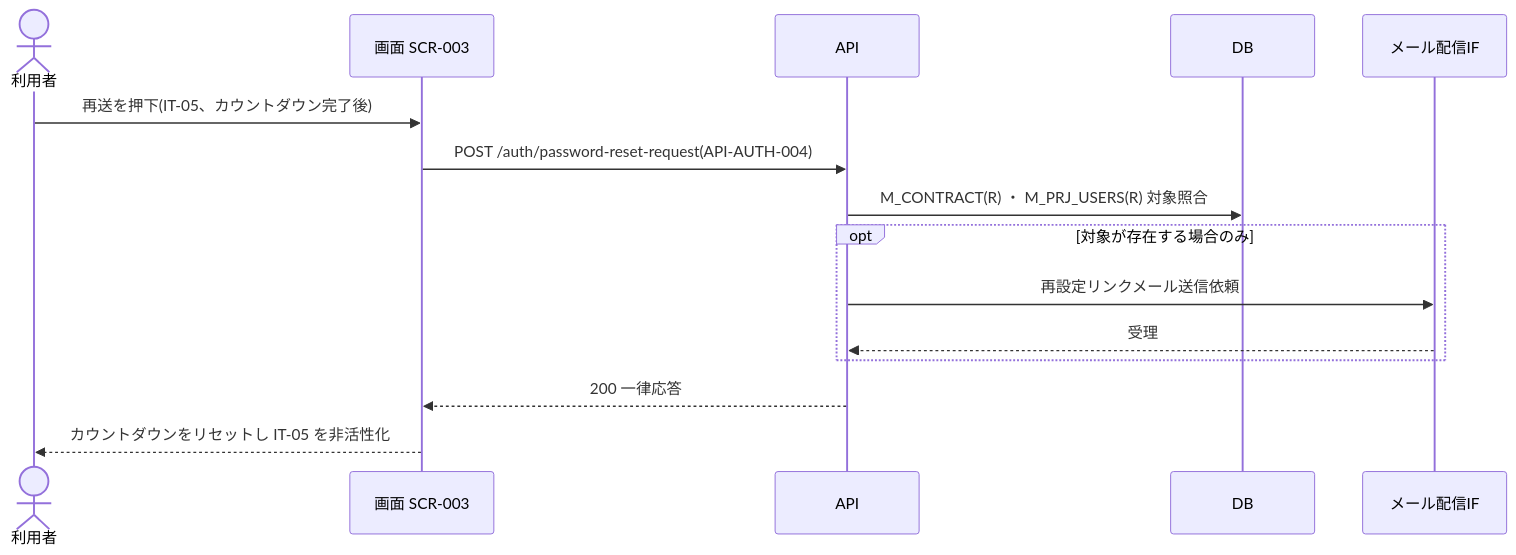
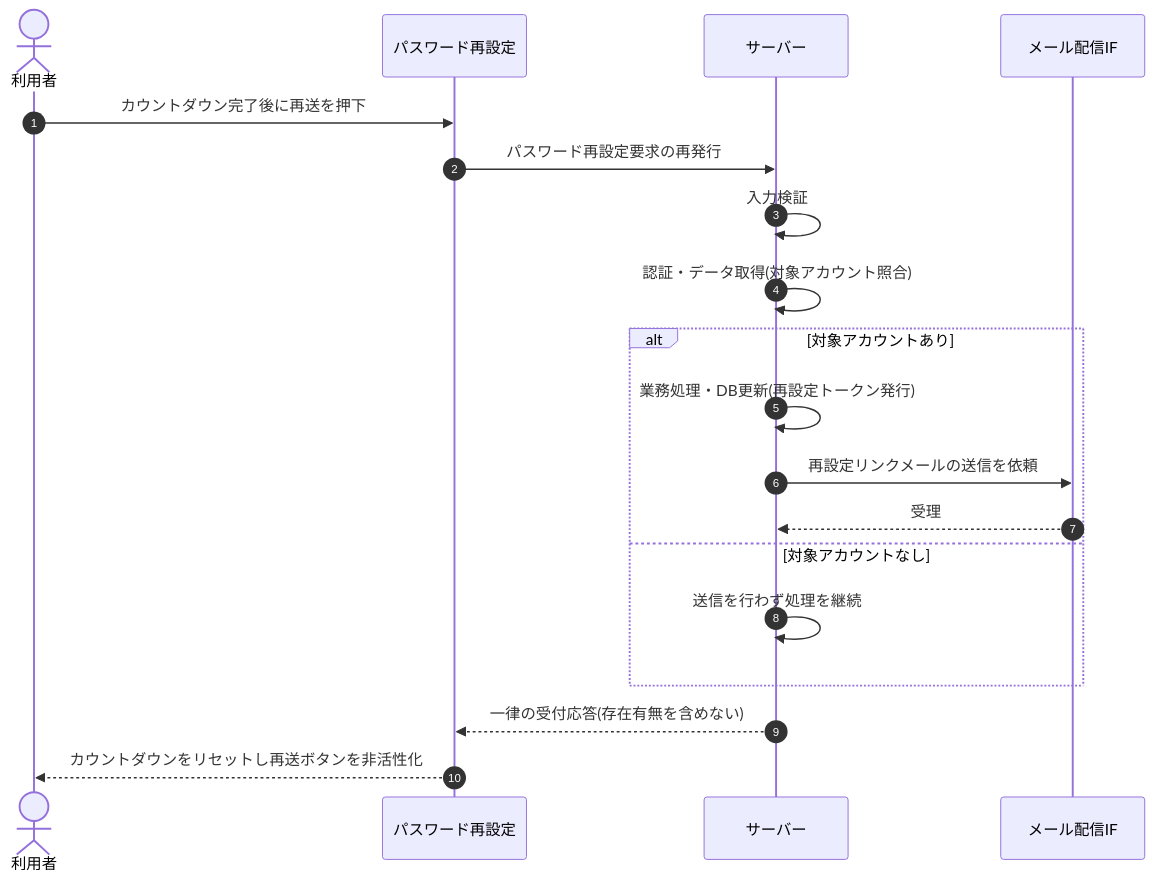
One commit to sikakou54/open-faq changed the diagram in 02_basic_design/05_sequences/SEQ-005.md. Above: the diagram before and after it, drawn with Mermaid. The commit also changed other lines of this file and 108 other files, not shown here.

First line of the commit message:
基本設計: シーケンス図を基本設計粒度(ユーザー/画面/サーバー)へ再編成

````diff
--- a/02_basic_design/05_sequences/SEQ-005.md
+++ b/02_basic_design/05_sequences/SEQ-005.md
@@ -25,17 +32,21 @@
 ```mermaid
 sequenceDiagram
+  autonumber
   actor U as 利用者
-  participant S as 画面 SCR-003
-  participant API as API
-  participant DB as DB
-  participant ML as メール配信IF
-  U->>S: 再送を押下(IT-05、カウントダウン完了後)
-  S->>API: POST /auth/password-reset-request(API-AUTH-004)
-  API->>DB: M_CONTRACT(R) ・ M_PRJ_USERS(R) 対象照合
-  opt 対象が存在する場合のみ
-    API->>ML: 再設定リンクメール送信依頼
-    ML-->>API: 受理
+  participant Screen as パスワード再設定
+  participant Server as サーバー
+  participant MAIL as メール配信IF
+  U->>Screen: カウントダウン完了後に再送を押下
+  Screen->>Server: パスワード再設定要求の再発行
+  Server->>Server: 入力検証
+  Server->>Server: 認証・データ取得(対象アカウント照合)
+  alt 対象アカウントあり
+    Server->>Server: 業務処理・DB更新(再設定トークン発行)
+    Server->>MAIL: 再設定リンクメールの送信を依頼
+    MAIL-->>Server: 受理
+  else 対象アカウントなし
+    Server->>Server: 送信を行わず処理を継続
   end
-  API-->>S: 200 一律応答
-  S-->>U: カウントダウンをリセットし IT-05 を非活性化
+  Server-->>Screen: 一律の受付応答(存在有無を含めない)
+  Screen-->>U: カウントダウンをリセットし再送ボタンを非活性化
 ```
````
